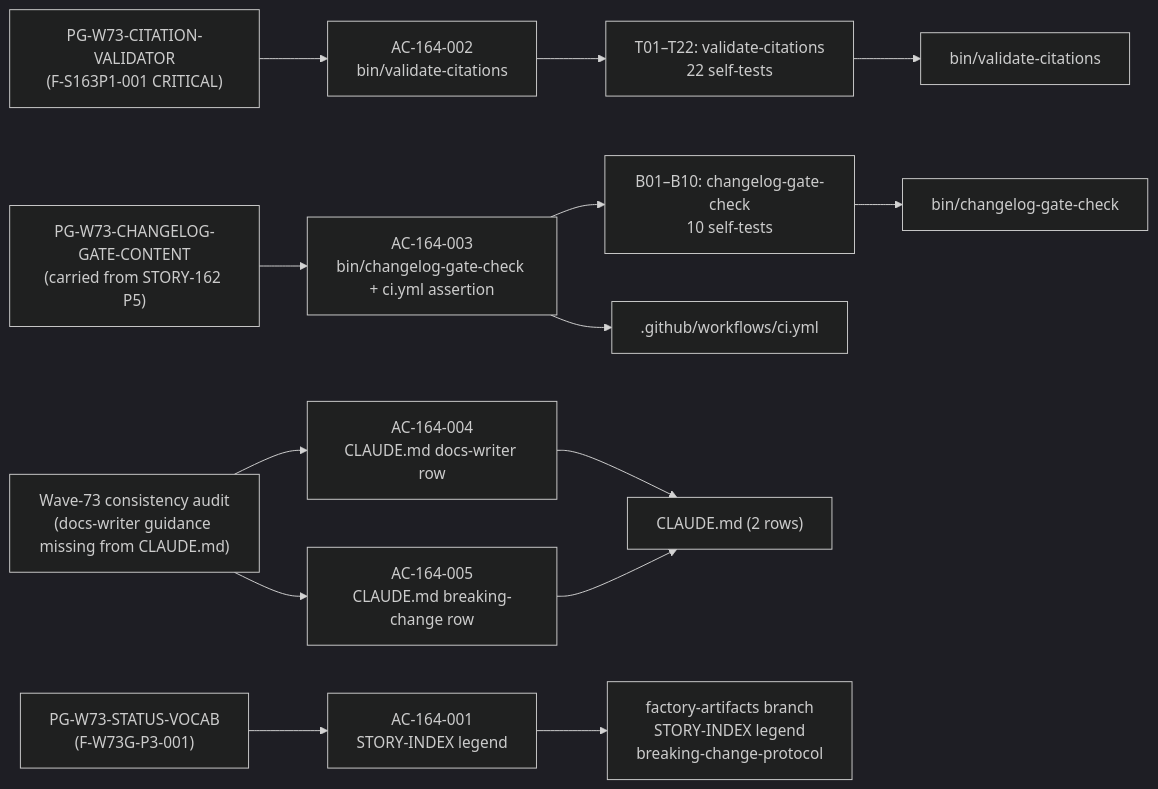
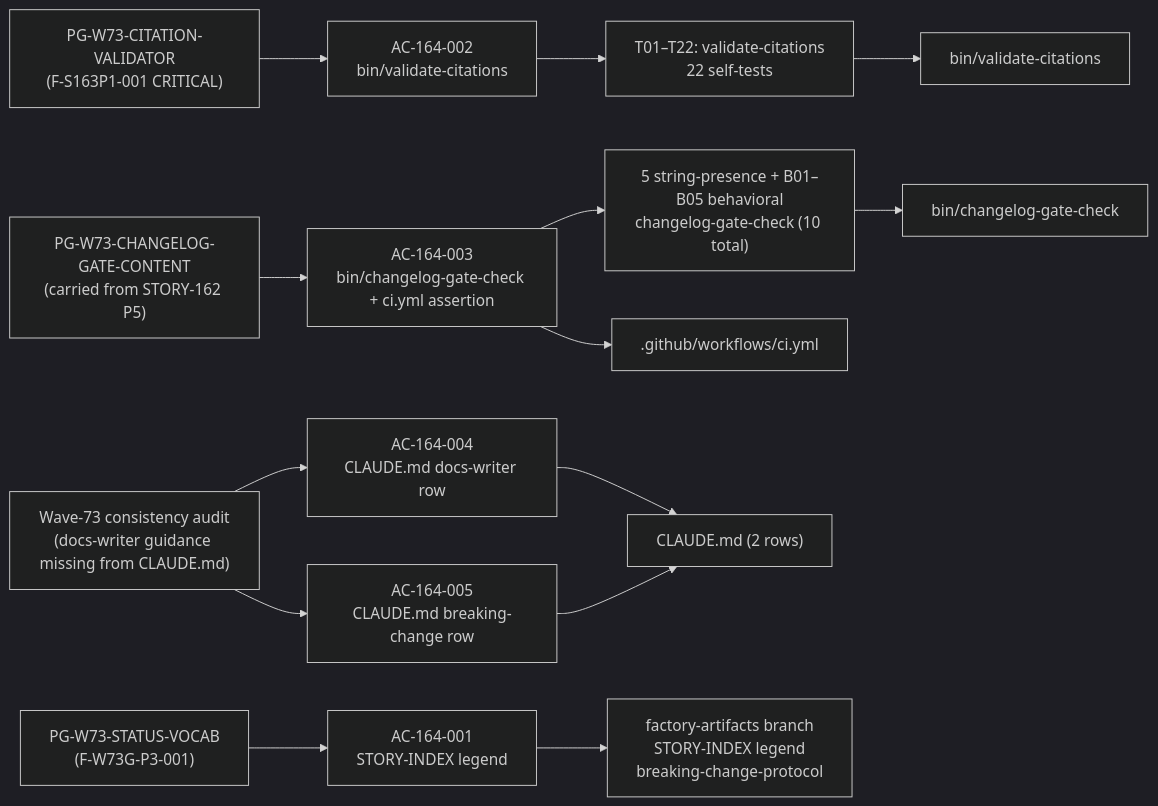
Before and after one commit to Zious11/wirerust: the third of 5 diagrams in code-delivery/STORY-164/pr-description.md, drawn with Mermaid (dark theme). The commit also changed other lines of this file and 17 other files, not shown here.

````diff
--- a/code-delivery/STORY-164/pr-description.md
+++ b/code-delivery/STORY-164/pr-description.md
@@ -104,34 +104,34 @@
 ```mermaid
 flowchart LR
     PG1["PG-W73-CITATION-VALIDATOR\n(F-S163P1-001 CRITICAL)"]
     PG2["PG-W73-CHANGELOG-GATE-CONTENT\n(carried from STORY-162 P5)"]
     PG3["Wave-73 consistency audit\n(docs-writer guidance missing from CLAUDE.md)"]
     PG4["PG-W73-STATUS-VOCAB\n(F-W73G-P3-001)"]
 
     AC002["AC-164-002\nbin/validate-citations"]
     AC003["AC-164-003\nbin/changelog-gate-check + ci.yml assertion"]
     AC004["AC-164-004\nCLAUDE.md docs-writer row"]
     AC005["AC-164-005\nCLAUDE.md breaking-change row"]
     AC001["AC-164-001\nSTORY-INDEX legend"]
 
     T_VC["T01–T22: validate-citations\n22 self-tests"]
-    T_CGC["B01–B10: changelog-gate-check\n10 self-tests"]
+    T_CGC["5 string-presence + B01–B05 behavioral\nchangelog-gate-check (10 total)"]
     S_VC["bin/validate-citations"]
     S_CGC["bin/changelog-gate-check"]
     S_CI[".github/workflows/ci.yml"]
     S_CLAUDE["CLAUDE.md (2 rows)"]
     FA["factory-artifacts branch\nSTORY-INDEX legend\nbreaking-change-protocol"]
 
     PG1 --> AC002
     PG2 --> AC003
     PG3 --> AC004
     PG3 --> AC005
     PG4 --> AC001
 
     AC002 --> T_VC --> S_VC
     AC003 --> T_CGC --> S_CGC
     AC003 --> S_CI
     AC004 --> S_CLAUDE
     AC005 --> S_CLAUDE
     AC001 --> FA
 ```
````
